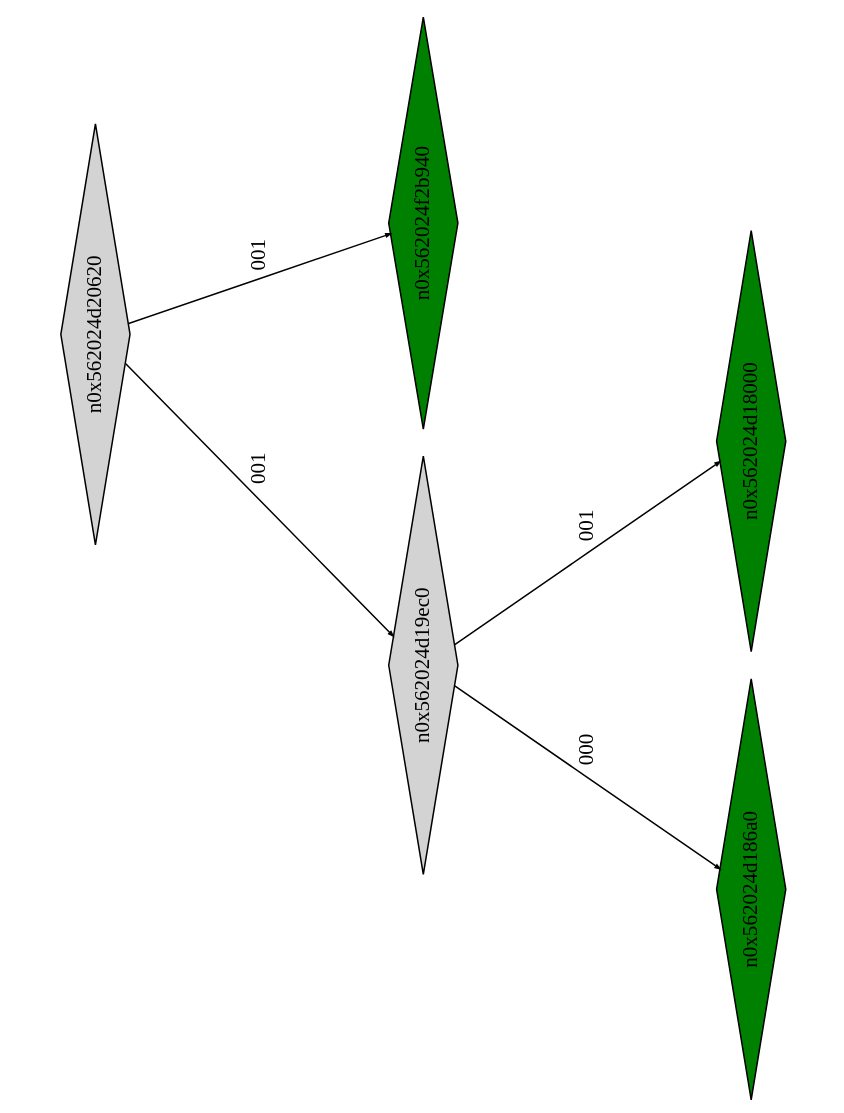
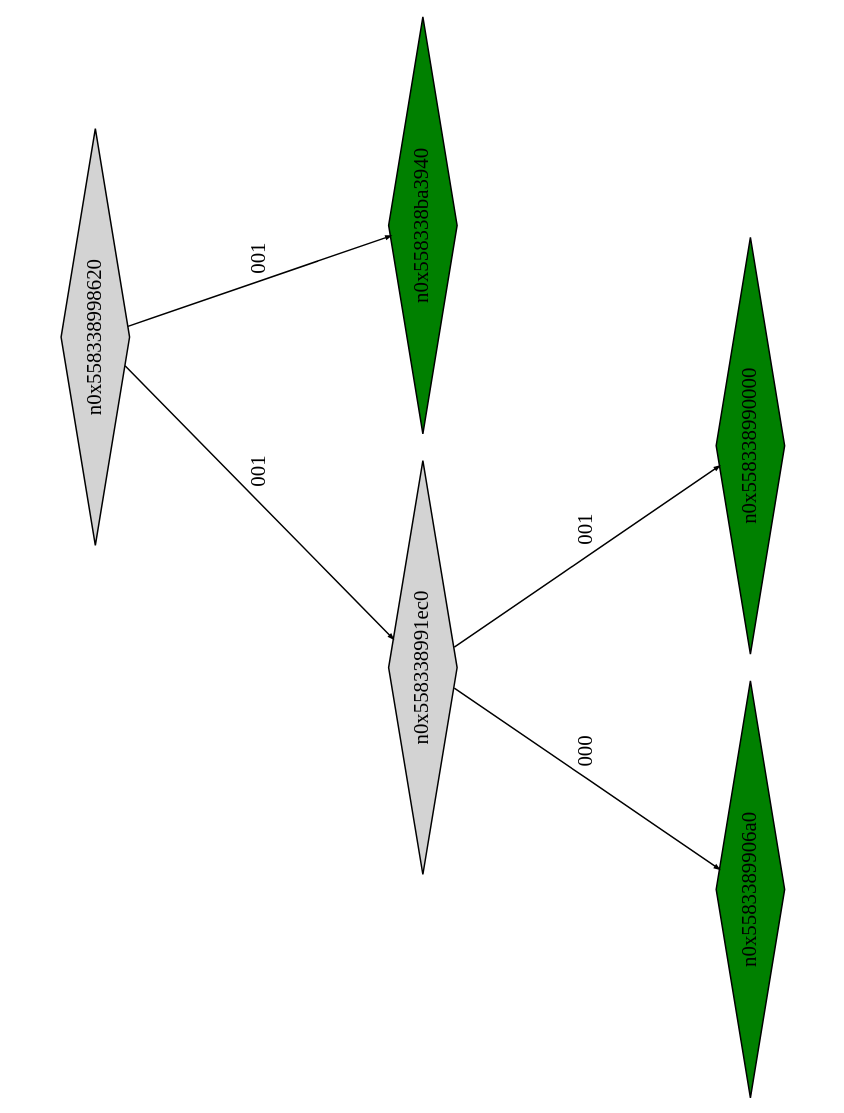
Before and after one commit to Research-Tools-PAVT/PSE-Program-Examples: the diagram in example1_klee_out/ptree_00000268.dot, drawn with Graphviz. The commit also changed 36 other files, not shown here.

```diff
--- a/example1_klee_out/ptree_00000268.dot
+++ b/example1_klee_out/ptree_00000268.dot
@@ -1,17 +1,17 @@
 digraph G {
 	size="10,7.5";
 	ratio=fill;
 	rotate=90;
 	center = "true";
 	node [style="filled",width=.1,height=.1,fontname="Terminus"]
 	edge [arrowsize=.3]
-	n0x562024d20620 [shape=diamond];
-	n0x562024d20620 -> n0x562024d19ec0 [label=001];
-	n0x562024d20620 -> n0x562024f2b940 [label=001];
-	n0x562024f2b940 [shape=diamond,fillcolor=green];
-	n0x562024d19ec0 [shape=diamond];
-	n0x562024d19ec0 -> n0x562024d186a0 [label=000];
-	n0x562024d19ec0 -> n0x562024d18000 [label=001];
-	n0x562024d18000 [shape=diamond,fillcolor=green];
-	n0x562024d186a0 [shape=diamond,fillcolor=green];
+	n0x558338998620 [shape=diamond];
+	n0x558338998620 -> n0x558338991ec0 [label=001];
+	n0x558338998620 -> n0x558338ba3940 [label=001];
+	n0x558338ba3940 [shape=diamond,fillcolor=green];
+	n0x558338991ec0 [shape=diamond];
+	n0x558338991ec0 -> n0x5583389906a0 [label=000];
+	n0x558338991ec0 -> n0x558338990000 [label=001];
+	n0x558338990000 [shape=diamond,fillcolor=green];
+	n0x5583389906a0 [shape=diamond,fillcolor=green];
 }
```
